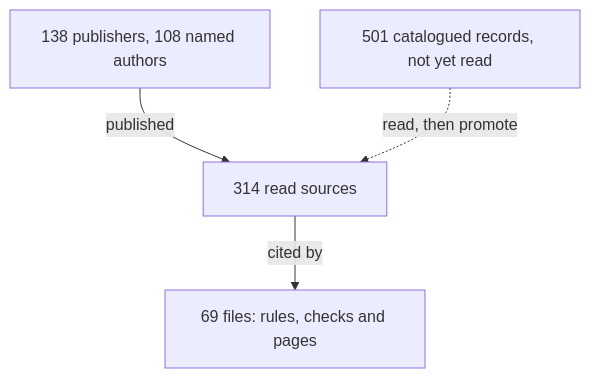
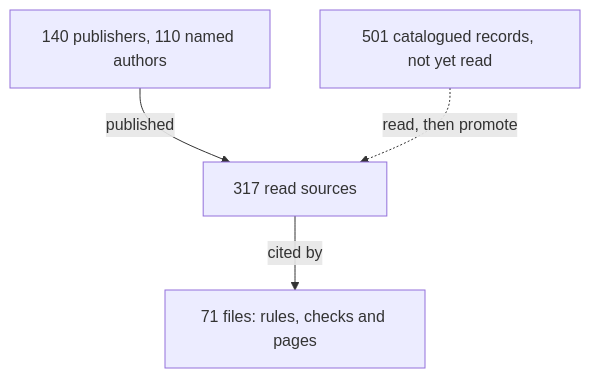
One commit to Valpatel/cad-agent changed the diagram in docs/practice/experts.md. Above: the diagram before and after it, drawn with Mermaid. The commit also changed other lines of this file and 6 other files, not shown here.

````diff
--- a/docs/practice/experts.md
+++ b/docs/practice/experts.md
@@ -6,7 +6,7 @@
 ```mermaid
 flowchart TD
-  P["138 publishers, 108 named authors"] -->|published| S["314 read sources"]
-  S -->|cited by| U["69 files: rules, checks and pages"]
+  P["140 publishers, 110 named authors"] -->|published| S["317 read sources"]
+  S -->|cited by| U["71 files: rules, checks and pages"]
   C["501 catalogued records, not yet read"] -.->|read, then promote| S
   class S here
 ```
````
